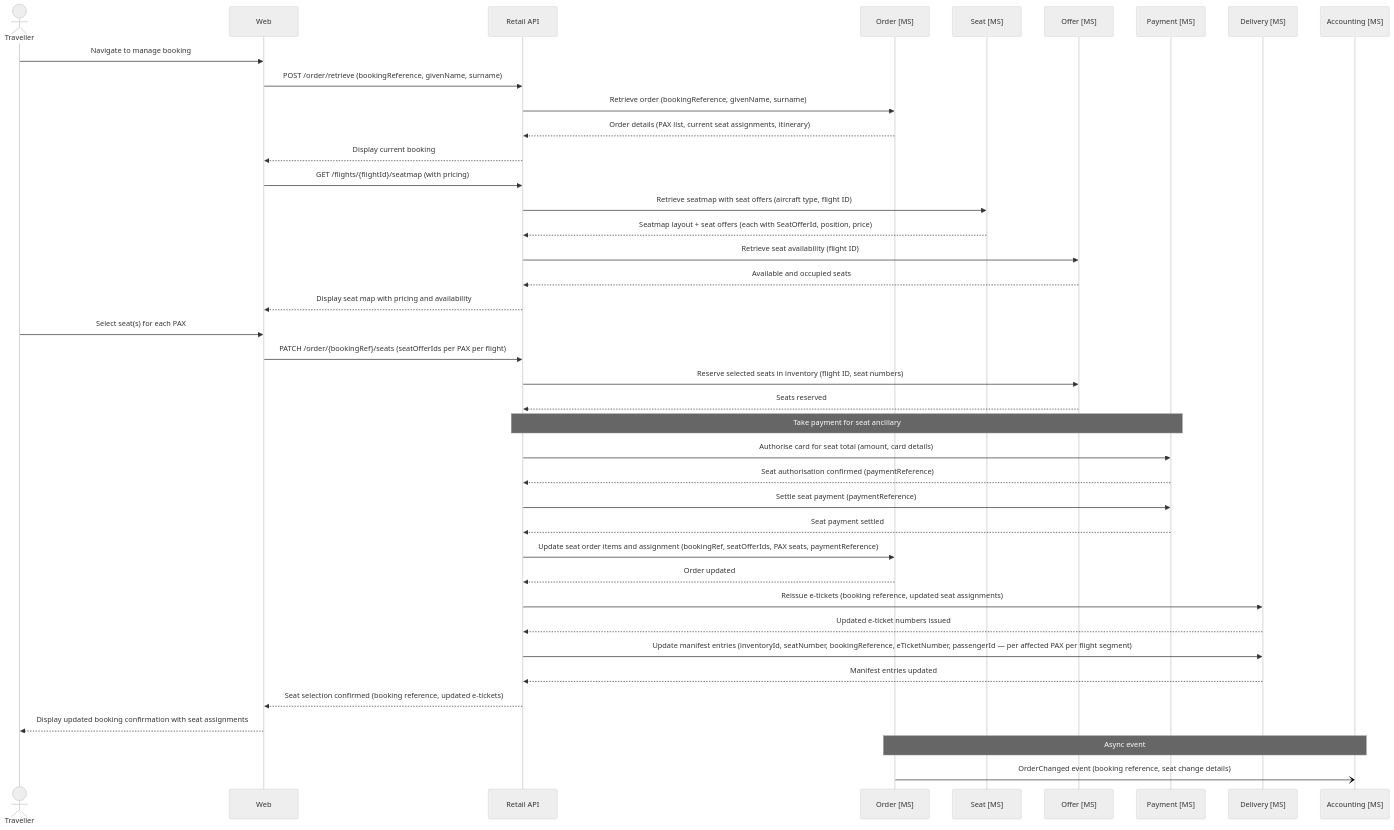
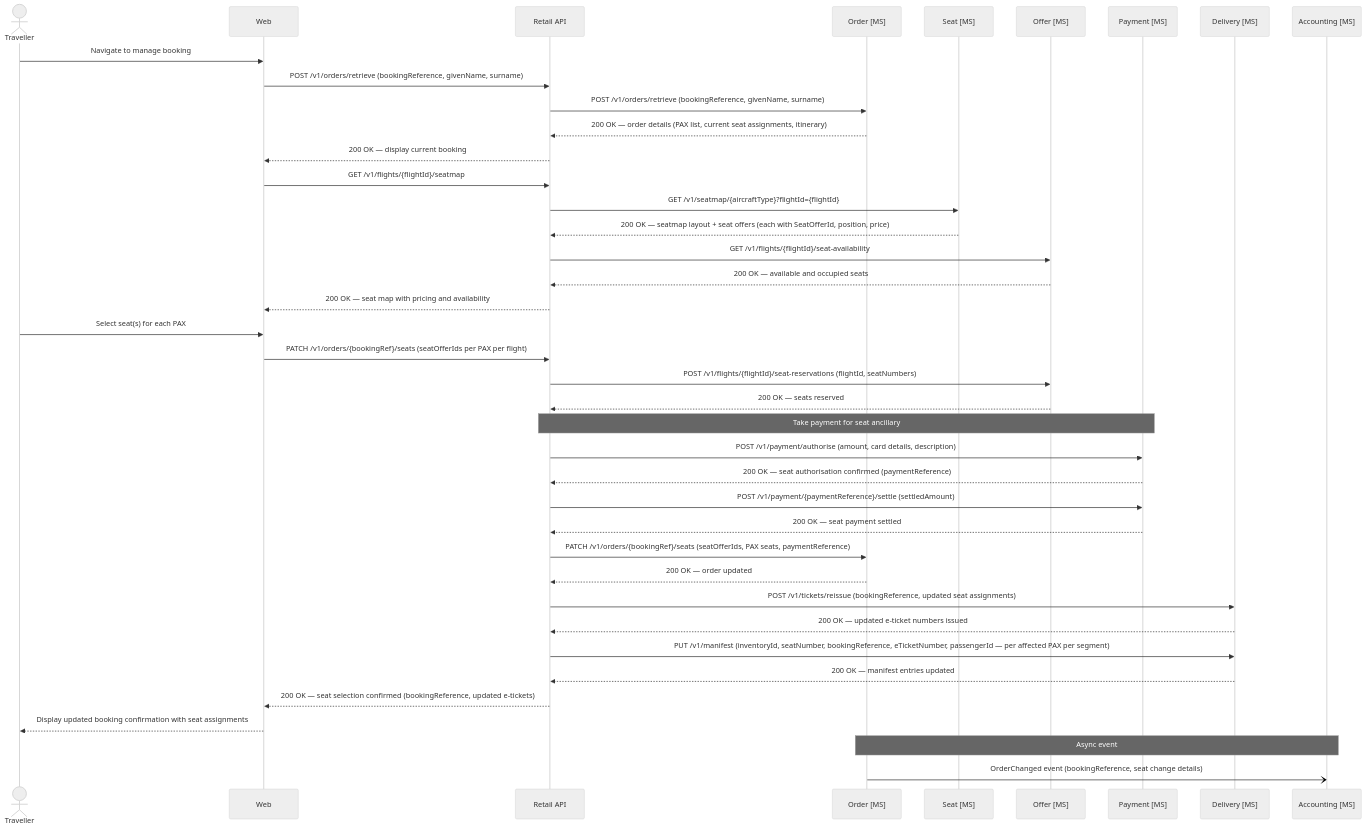
Before and after one commit to sebharvey/airline-reservation-system: the fifth of 12 diagrams in architecture/design.md, drawn with Mermaid (neutral theme). The commit also changed other lines of this file, not shown here.

````diff
--- a/architecture/design.md
+++ b/architecture/design.md
@@ -886,54 +886,54 @@
 ```mermaid
 sequenceDiagram
     actor Traveller
     participant Web
     participant RetailAPI as Retail API
     participant OrderMS as Order [MS]
     participant SeatMS as Seat [MS]
     participant OfferMS as Offer [MS]
     participant PaymentMS as Payment [MS]
     participant DeliveryMS as Delivery [MS]
     participant AccountingMS as Accounting [MS]
 
     Traveller->>Web: Navigate to manage booking
 
-    Web->>RetailAPI: POST /order/retrieve (bookingReference, givenName, surname)
-    RetailAPI->>OrderMS: Retrieve order (bookingReference, givenName, surname)
-    OrderMS-->>RetailAPI: Order details (PAX list, current seat assignments, itinerary)
-    RetailAPI-->>Web: Display current booking
+    Web->>RetailAPI: POST /v1/orders/retrieve (bookingReference, givenName, surname)
+    RetailAPI->>OrderMS: POST /v1/orders/retrieve (bookingReference, givenName, surname)
+    OrderMS-->>RetailAPI: 200 OK — order details (PAX list, current seat assignments, itinerary)
+    RetailAPI-->>Web: 200 OK — display current booking
 
-    Web->>RetailAPI: GET /flights/{flightId}/seatmap (with pricing)
-    RetailAPI->>SeatMS: Retrieve seatmap with seat offers (aircraft type, flight ID)
-    SeatMS-->>RetailAPI: Seatmap layout + seat offers (each with SeatOfferId, position, price)
-    RetailAPI->>OfferMS: Retrieve seat availability (flight ID)
-    OfferMS-->>RetailAPI: Available and occupied seats
-    RetailAPI-->>Web: Display seat map with pricing and availability
+    Web->>RetailAPI: GET /v1/flights/{flightId}/seatmap
+    RetailAPI->>SeatMS: GET /v1/seatmap/{aircraftType}?flightId={flightId}
+    SeatMS-->>RetailAPI: 200 OK — seatmap layout + seat offers (each with SeatOfferId, position, price)
+    RetailAPI->>OfferMS: GET /v1/flights/{flightId}/seat-availability
+    OfferMS-->>RetailAPI: 200 OK — available and occupied seats
+    RetailAPI-->>Web: 200 OK — seat map with pricing and availability
 
     Traveller->>Web: Select seat(s) for each PAX
 
-    Web->>RetailAPI: PATCH /order/{bookingRef}/seats (seatOfferIds per PAX per flight)
+    Web->>RetailAPI: PATCH /v1/orders/{bookingRef}/seats (seatOfferIds per PAX per flight)
 
-    RetailAPI->>OfferMS: Reserve selected seats in inventory (flight ID, seat numbers)
-    OfferMS-->>RetailAPI: Seats reserved
+    RetailAPI->>OfferMS: POST /v1/flights/{flightId}/seat-reservations (flightId, seatNumbers)
+    OfferMS-->>RetailAPI: 200 OK — seats reserved
 
     Note over RetailAPI, PaymentMS: Take payment for seat ancillary
-    RetailAPI->>PaymentMS: Authorise card for seat total (amount, card details)
-    PaymentMS-->>RetailAPI: Seat authorisation confirmed (paymentReference)
-    RetailAPI->>PaymentMS: Settle seat payment (paymentReference)
-    PaymentMS-->>RetailAPI: Seat payment settled
+    RetailAPI->>PaymentMS: POST /v1/payment/authorise (amount, card details, description)
+    PaymentMS-->>RetailAPI: 200 OK — seat authorisation confirmed (paymentReference)
+    RetailAPI->>PaymentMS: POST /v1/payment/{paymentReference}/settle (settledAmount)
+    PaymentMS-->>RetailAPI: 200 OK — seat payment settled
 
-    RetailAPI->>OrderMS: Update seat order items and assignment (bookingRef, seatOfferIds, PAX seats, paymentReference)
-    OrderMS-->>RetailAPI: Order updated
+    RetailAPI->>OrderMS: PATCH /v1/orders/{bookingRef}/seats (seatOfferIds, PAX seats, paymentReference)
+    OrderMS-->>RetailAPI: 200 OK — order updated
 
-    RetailAPI->>DeliveryMS: Reissue e-tickets (booking reference, updated seat assignments)
-    DeliveryMS-->>RetailAPI: Updated e-ticket numbers issued
+    RetailAPI->>DeliveryMS: POST /v1/tickets/reissue (bookingReference, updated seat assignments)
+    DeliveryMS-->>RetailAPI: 200 OK — updated e-ticket numbers issued
 
-    RetailAPI->>DeliveryMS: Update manifest entries (inventoryId, seatNumber, bookingReference, eTicketNumber, passengerId — per affected PAX per flight segment)
-    DeliveryMS-->>RetailAPI: Manifest entries updated
+    RetailAPI->>DeliveryMS: PUT /v1/manifest (inventoryId, seatNumber, bookingReference, eTicketNumber, passengerId — per affected PAX per segment)
+    DeliveryMS-->>RetailAPI: 200 OK — manifest entries updated
 
-    RetailAPI-->>Web: Seat selection confirmed (booking reference, updated e-tickets)
+    RetailAPI-->>Web: 200 OK — seat selection confirmed (bookingReference, updated e-tickets)
     Web-->>Traveller: Display updated booking confirmation with seat assignments
 
     Note over OrderMS, AccountingMS: Async event
-    OrderMS-)AccountingMS: OrderChanged event (booking reference, seat change details)
+    OrderMS-)AccountingMS: OrderChanged event (bookingReference, seat change details)
 ```
````
